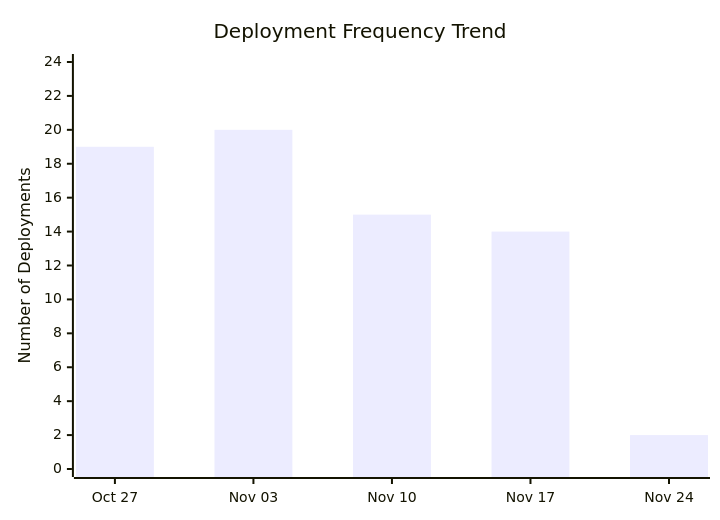
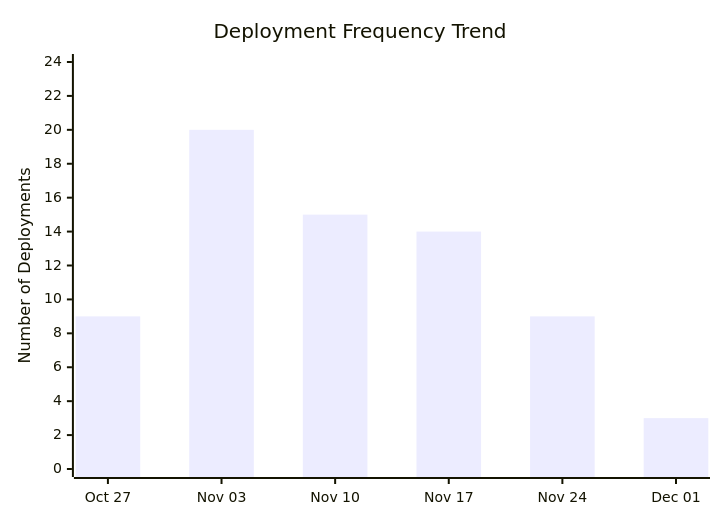
Before and after one commit to ukma-cs-ssdm-2025/rate-ukma: the third of 4 diagrams in docs/ci-cd/dora-summary.md, drawn with Mermaid. The commit also changed other lines of this file, not shown here.

````diff
--- a/docs/ci-cd/dora-summary.md
+++ b/docs/ci-cd/dora-summary.md
@@ -48,7 +49,7 @@
 ```mermaid
 xychart-beta
     title "Deployment Frequency Trend"
-    x-axis ["Oct 27", "Nov 03", "Nov 10", "Nov 17", "Nov 24"]
+    x-axis ["Oct 27", "Nov 03", "Nov 10", "Nov 17", "Nov 24", "Dec 01"]
     y-axis "Number of Deployments" 0 --> 24
-    bar [19.00, 20.00, 15.00, 14.00, 2.00]
+    bar [9.00, 20.00, 15.00, 14.00, 9.00, 3.00]
 ```
````
